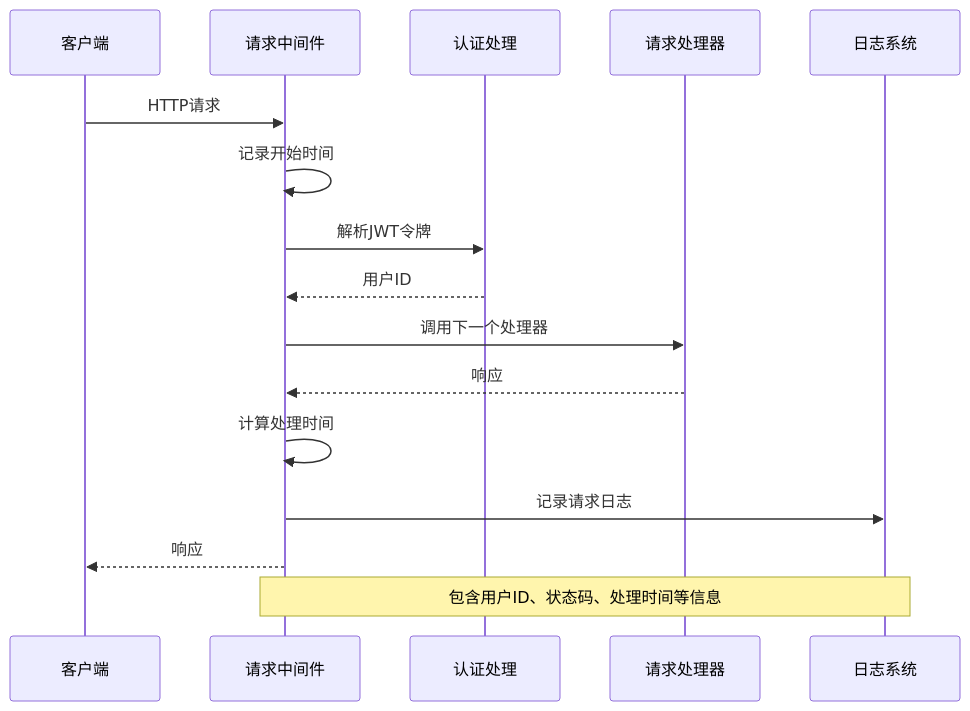
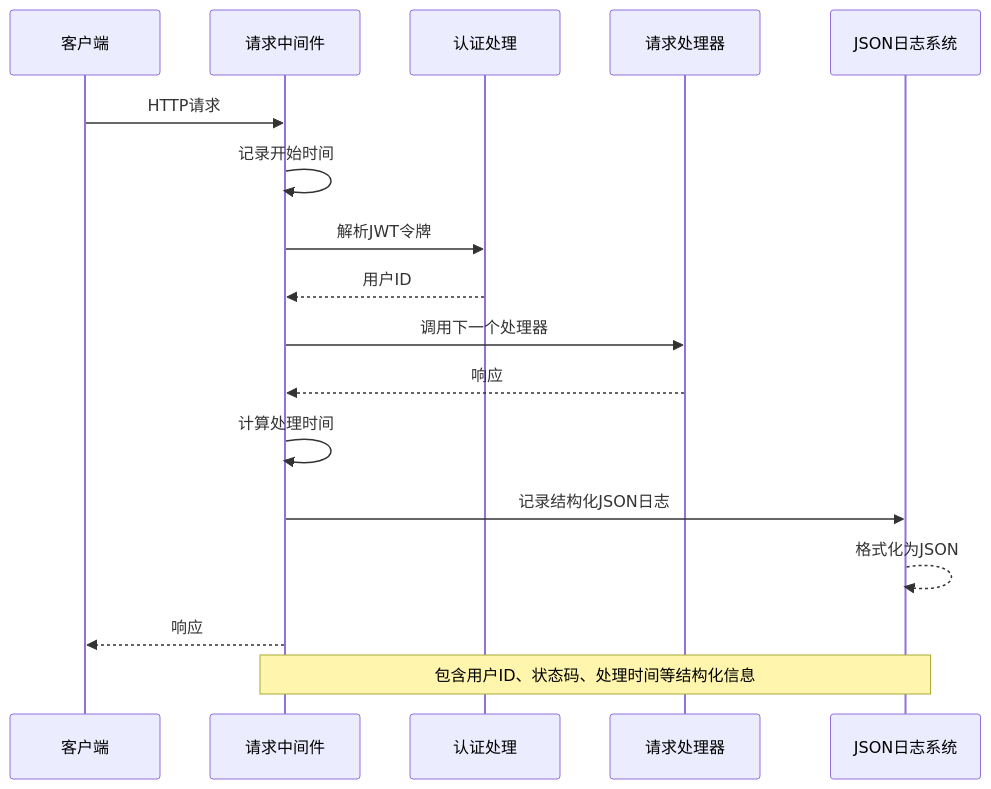
One commit to breeze-lyf/ai-stock-advisor changed the third of 10 diagrams in .qoder/repowiki/zh/content/Debug Logging Enhancement.md. Above: the diagram before and after it, drawn with Mermaid. The commit also changed other lines of this file and 43 other files, not shown here.

````diff
--- a/.qoder/repowiki/zh/content/Debug Logging Enhancement.md
+++ b/.qoder/repowiki/zh/content/Debug Logging Enhancement.md
@@ -125,18 +168,19 @@
 ```mermaid
 sequenceDiagram
 participant Client as 客户端
 participant Middleware as 请求中间件
 participant Auth as 认证处理
 participant Handler as 请求处理器
-participant Logger as 日志系统
+participant Logger as JSON日志系统
 Client->>Middleware : HTTP请求
 Middleware->>Middleware : 记录开始时间
 Middleware->>Auth : 解析JWT令牌
 Auth-->>Middleware : 用户ID
 Middleware->>Handler : 调用下一个处理器
 Handler-->>Middleware : 响应
 Middleware->>Middleware : 计算处理时间
-Middleware->>Logger : 记录请求日志
+Middleware->>Logger : 记录结构化JSON日志
+Logger-->>Logger : 格式化为JSON
 Middleware-->>Client : 响应
-Note over Middleware,Logger : 包含用户ID、状态码、处理时间等信息
+Note over Middleware,Logger : 包含用户ID、状态码、处理时间等结构化信息
 ```
````
